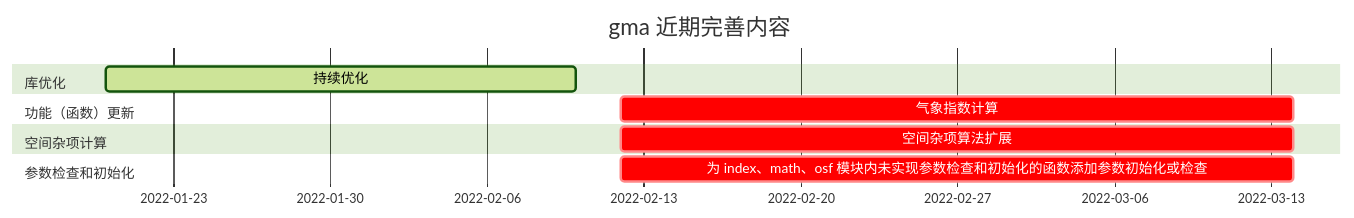
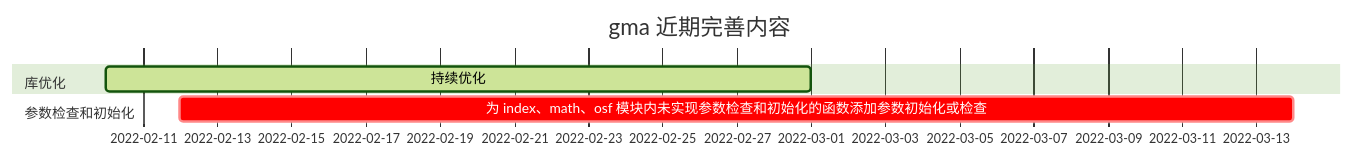
Before and after one commit to LiChongrui/gma: the diagram in docs/Update/Plan.md, drawn with Mermaid (forest theme). The commit also changed 96 other files, not shown here.

````diff
--- a/docs/Update/Plan.md
+++ b/docs/Update/Plan.md
@@ -9,22 +9,14 @@
 ```mermaid
 gantt
         dateFormat  YYYY-MM-DD
         title gma 近期完善内容
 
         section 库优化
 
-        持续优化: active, des3, 2022-01-20, 2022-02-10
-
-        section 功能（函数）更新
-
-        气象指数计算: crit, after now,30d
-        
-        section 空间杂项计算
-
-        空间杂项算法扩展: crit, after now,30d
-
+        持续优化: active, des3, 2022-02-10, 2022-03-01
+  
         section 参数检查和初始化
 
         为 index、math、osf 模块内未实现参数检查和初始化的函数添加参数初始化或检查: crit, after now,30d
 
 ```
````
